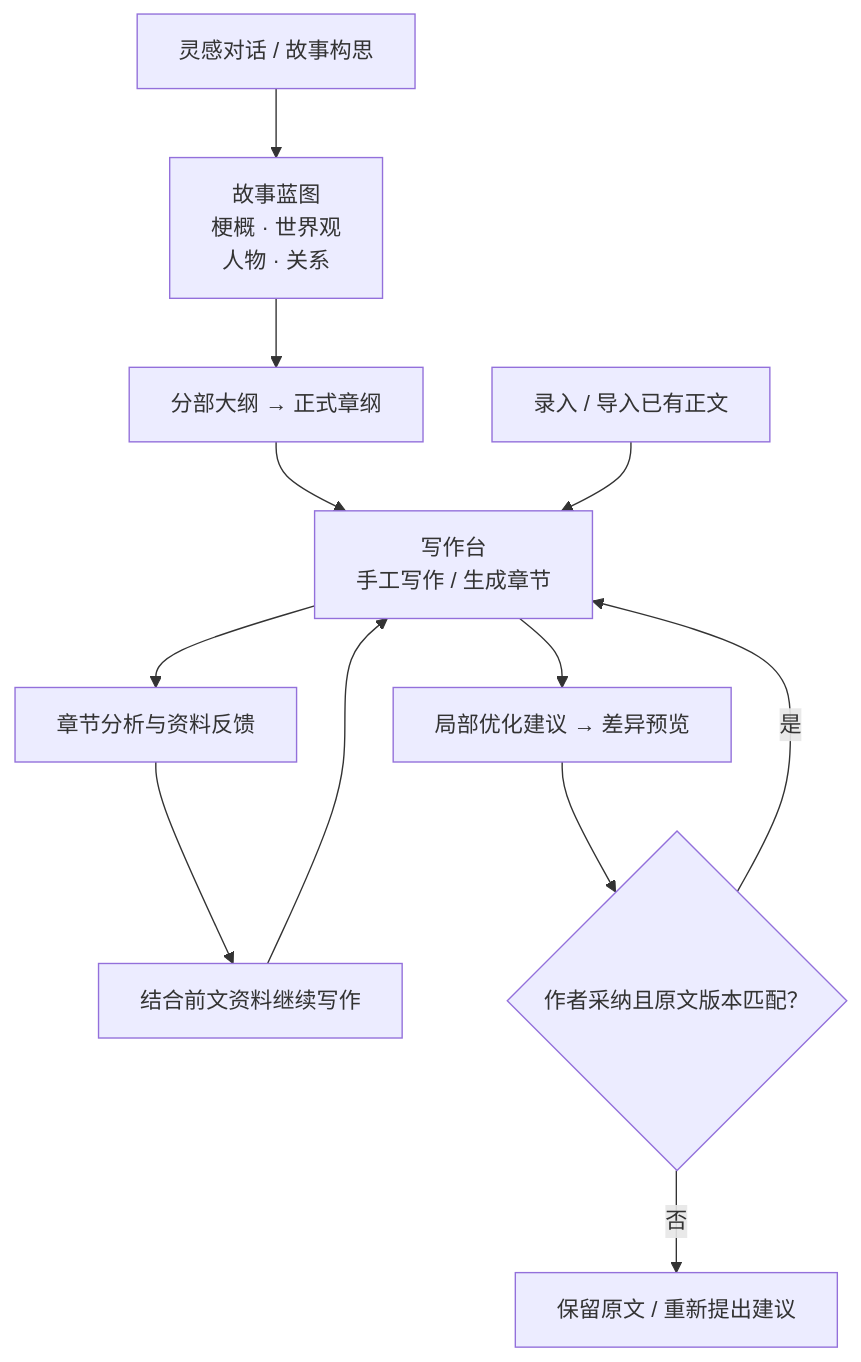
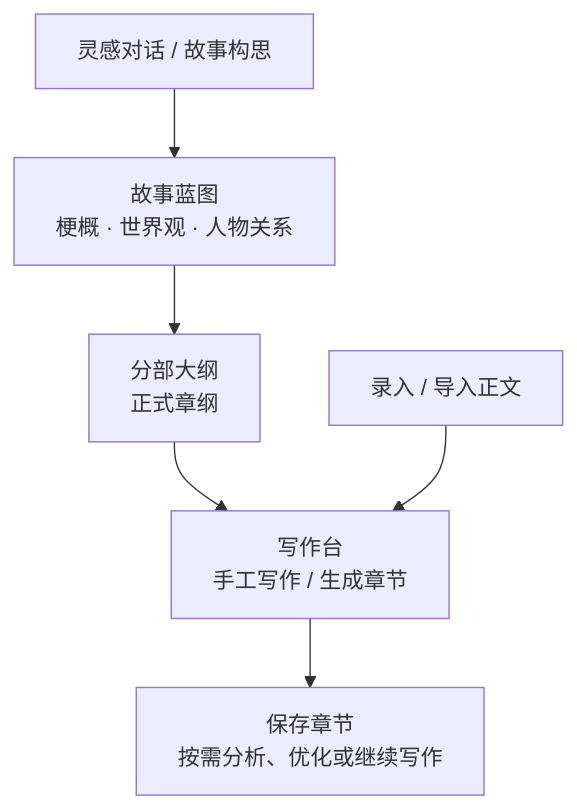
The second of 18 diagrams in README.md (GTJasonMK/A4N), drawn with Mermaid before and after one commit. The commit also changed other lines of this file and 2 other files, not shown here.

First line of the commit message:
docs: fix README diagram flows and mobile readability

````diff
--- a/README.md
+++ b/README.md
@@ -66,16 +64,10 @@
 ```mermaid
 flowchart TB
   accTitle: 从灵感到章节的小说创作流程
-  accDescr: 灵感生成蓝图和大纲，也可导入已有正文；章节可分析后续写，或以作者确认的补丁优化。
-  idea["灵感对话 / 故事构思"] --> blueprint["故事蓝图<br/>梗概 · 世界观<br/>人物 · 关系"]
-  blueprint --> outline["分部大纲 → 正式章纲"]
+  accDescr: 灵感可生成蓝图和大纲，再进入写作台；已有正文也可直接录入或导入写作台，不必经过蓝图生成。
+  idea["灵感对话 / 故事构思"] --> blueprint["故事蓝图<br/>梗概 · 世界观 · 人物关系"]
+  blueprint --> outline["分部大纲<br/>正式章纲"]
   outline --> chapter["写作台<br/>手工写作 / 生成章节"]
-  imported["录入 / 导入已有正文"] --> chapter
-  chapter --> analysis["章节分析与资料反馈"]
-  analysis --> next["结合前文资料继续写作"]
-  next --> chapter
-  chapter --> proposal["局部优化建议 → 差异预览"]
-  proposal --> approval{"作者采纳且原文版本匹配？"}
-  approval -->|是| chapter
-  approval -->|否| retained["保留原文 / 重新提出建议"]
+  imported["录入 / 导入正文"] --> chapter
+  chapter --> saved["保存章节<br/>按需分析、优化或继续写作"]
 ```
````
